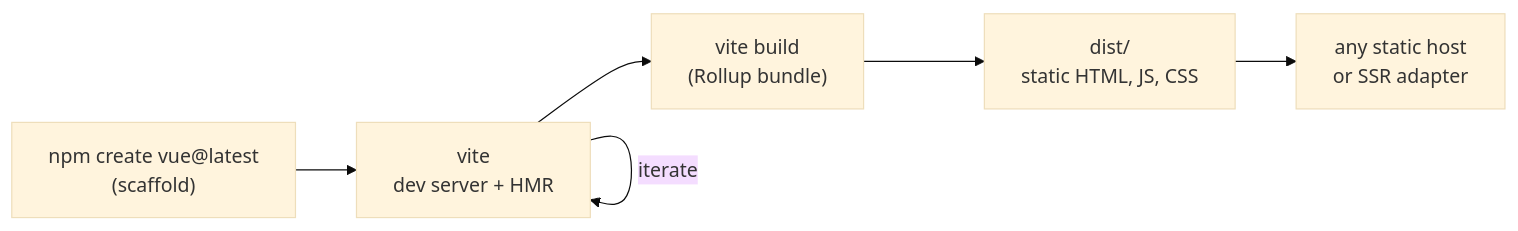
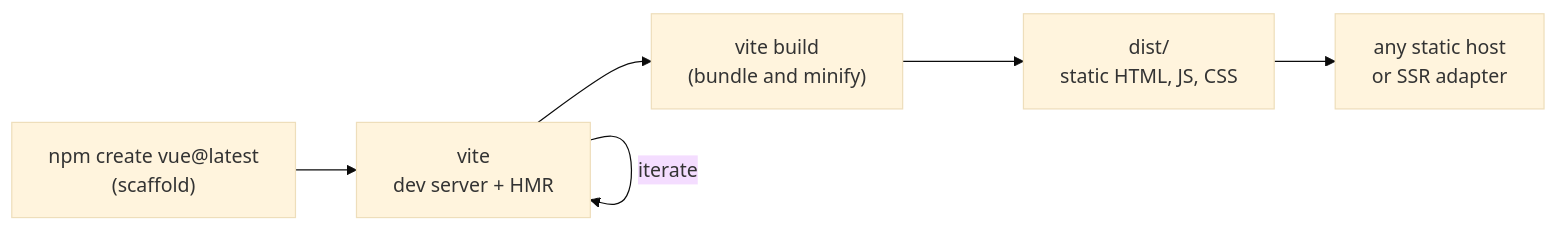
The first of 2 diagrams in modules/ROOT/pages/web/vue/tooling-and-project-setup.adoc (albertoirurueta/docs), drawn with Mermaid (base theme) before and after one commit. The commit also changed other lines of this file and 6182 other files, not shown here.

```diff
--- a/modules/ROOT/pages/web/vue/tooling-and-project-setup.adoc
+++ b/modules/ROOT/pages/web/vue/tooling-and-project-setup.adoc
@@ -51,9 +51,9 @@
 [mermaid]
 ....
 flowchart LR
     a["npm create vue@latest<br/>(scaffold)"] --> b["vite<br/>dev server + HMR"]
     b -->|iterate| b
-    b --> c["vite build<br/>(Rollup bundle)"]
+    b --> c["vite build<br/>(bundle and minify)"]
     c --> d["dist/<br/>static HTML, JS, CSS"]
     d --> e["any static host<br/>or SSR adapter"]
 ....
```
